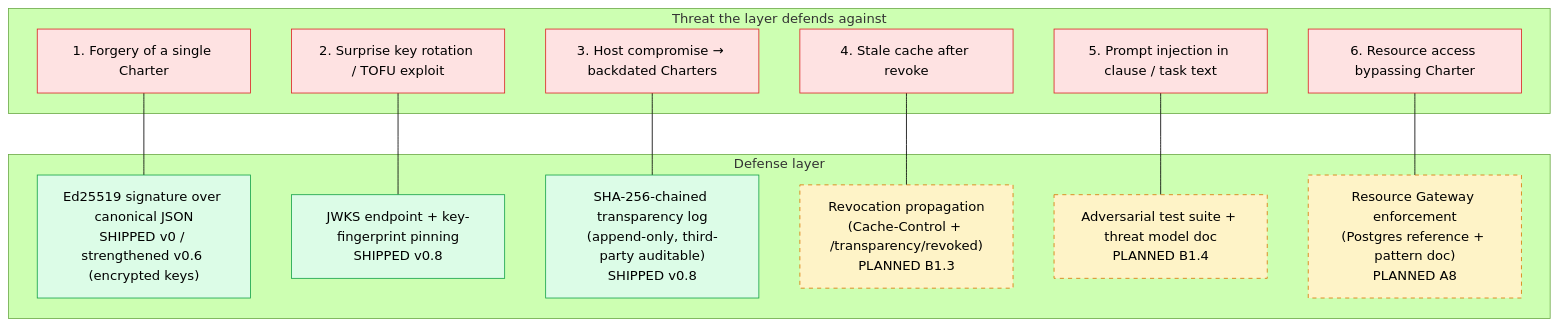
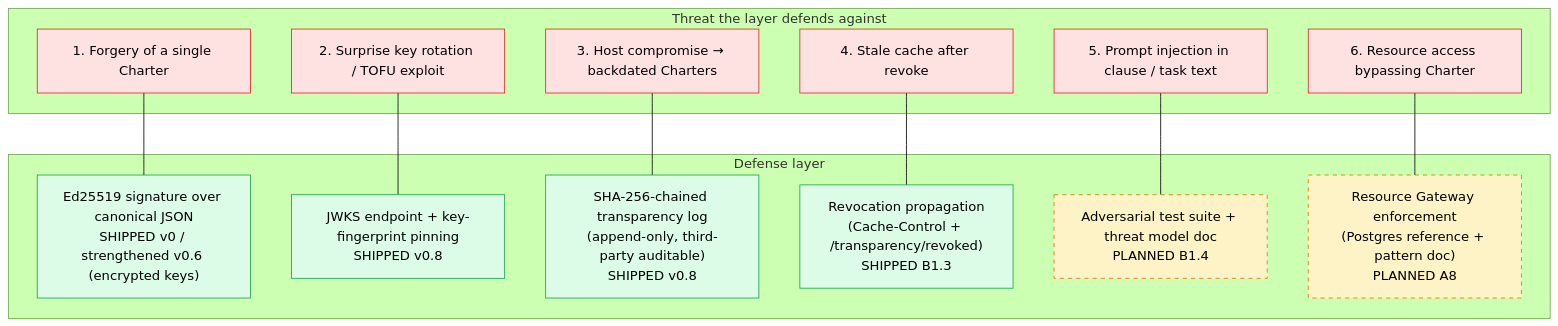
One commit to hnaymyh123-henry/charter changed the fifth of 6 diagrams in docs/architecture.md. Above: the diagram before and after it, drawn with Mermaid (forest theme). The commit also changed other lines of this file and 4 other files, not shown here.

First line of the commit message:
feat(server): revocation propagation pull-mode (#45)

````diff
--- a/docs/architecture.md
+++ b/docs/architecture.md
@@ -402,35 +411,35 @@
 ```mermaid
 flowchart TB
     subgraph THREAT["Threat the layer defends against"]
         T1["1. Forgery of a single Charter"]
         T2["2. Surprise key rotation / TOFU exploit"]
         T3["3. Host compromise → backdated Charters"]
         T4["4. Stale cache after revoke"]
         T5["5. Prompt injection in clause / task text"]
         T6["6. Resource access bypassing Charter"]
     end
 
     subgraph DEFENSE["Defense layer"]
         D1["Ed25519 signature over canonical JSON<br/>SHIPPED v0 / strengthened v0.6 (encrypted keys)"]
         D2["JWKS endpoint + key-fingerprint pinning<br/>SHIPPED v0.8"]
         D3["SHA-256-chained transparency log<br/>(append-only, third-party auditable)<br/>SHIPPED v0.8"]
-        D4["Revocation propagation<br/>(Cache-Control + /transparency/revoked)<br/>PLANNED B1.3"]
+        D4["Revocation propagation<br/>(Cache-Control + /transparency/revoked)<br/>SHIPPED B1.3"]
         D5["Adversarial test suite + threat model doc<br/>PLANNED B1.4"]
         D6["Resource Gateway enforcement<br/>(Postgres reference + pattern doc)<br/>PLANNED A8"]
     end
 
     T1 --- D1
     T2 --- D2
     T3 --- D3
     T4 --- D4
     T5 --- D5
     T6 --- D6
 
     classDef shipped fill:#dcfce7,stroke:#16a34a,color:#000
     classDef planned fill:#fef3c7,stroke:#d97706,color:#000,stroke-dasharray: 5 5
     classDef threat fill:#fee2e2,stroke:#dc2626,color:#000
 
     class T1,T2,T3,T4,T5,T6 threat
-    class D1,D2,D3 shipped
-    class D4,D5,D6 planned
+    class D1,D2,D3,D4 shipped
+    class D5,D6 planned
 ```
````
